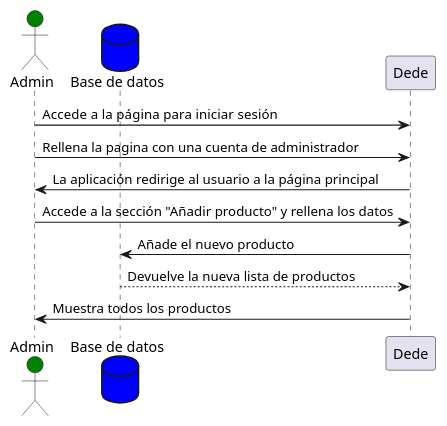
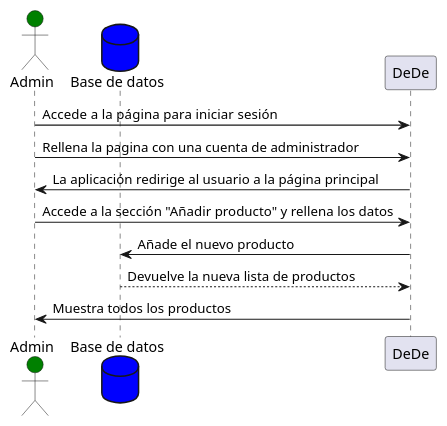
One commit to Arquisoft/dede_es2a changed the third of 8 diagrams in docs/06_runtime_view.adoc. Above: the diagram before and after it, drawn with PlantUML. The commit also changed other lines of this file, not shown here.

Commit message:
Corregidos diagramas de secuencia

```diff
--- a/docs/06_runtime_view.adoc
+++ b/docs/06_runtime_view.adoc
@@ -73,12 +73,12 @@
 [plantuml,"AñadirProducto",png]
 ----
 actor Admin #green
 database BaseDeDatos as "Base de datos" #blue
-Admin -> Dede: Accede  a la página para iniciar sesión
-Admin -> Dede: Rellena la pagina con una cuenta de administrador
-Admin <- Dede: La aplicación redirige al usuario a la página principal
-Admin -> Dede: Accede a la sección "Añadir producto" y rellena los datos
-Dede -> BaseDeDatos: Añade el nuevo producto
-Dede <-- BaseDeDatos: Devuelve la nueva lista de productos
-Dede -> Admin: Muestra todos los productos
+Admin -> DeDe: Accede  a la página para iniciar sesión
+Admin -> DeDe: Rellena la pagina con una cuenta de administrador
+Admin <- DeDe: La aplicación redirige al usuario a la página principal
+Admin -> DeDe: Accede a la sección "Añadir producto" y rellena los datos
+DeDe -> BaseDeDatos: Añade el nuevo producto
+DeDe <-- BaseDeDatos: Devuelve la nueva lista de productos
+DeDe -> Admin: Muestra todos los productos
 ----
```
